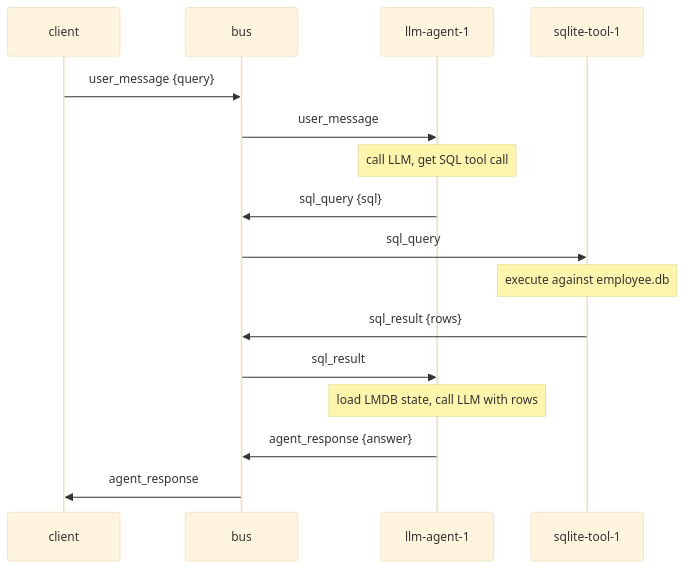
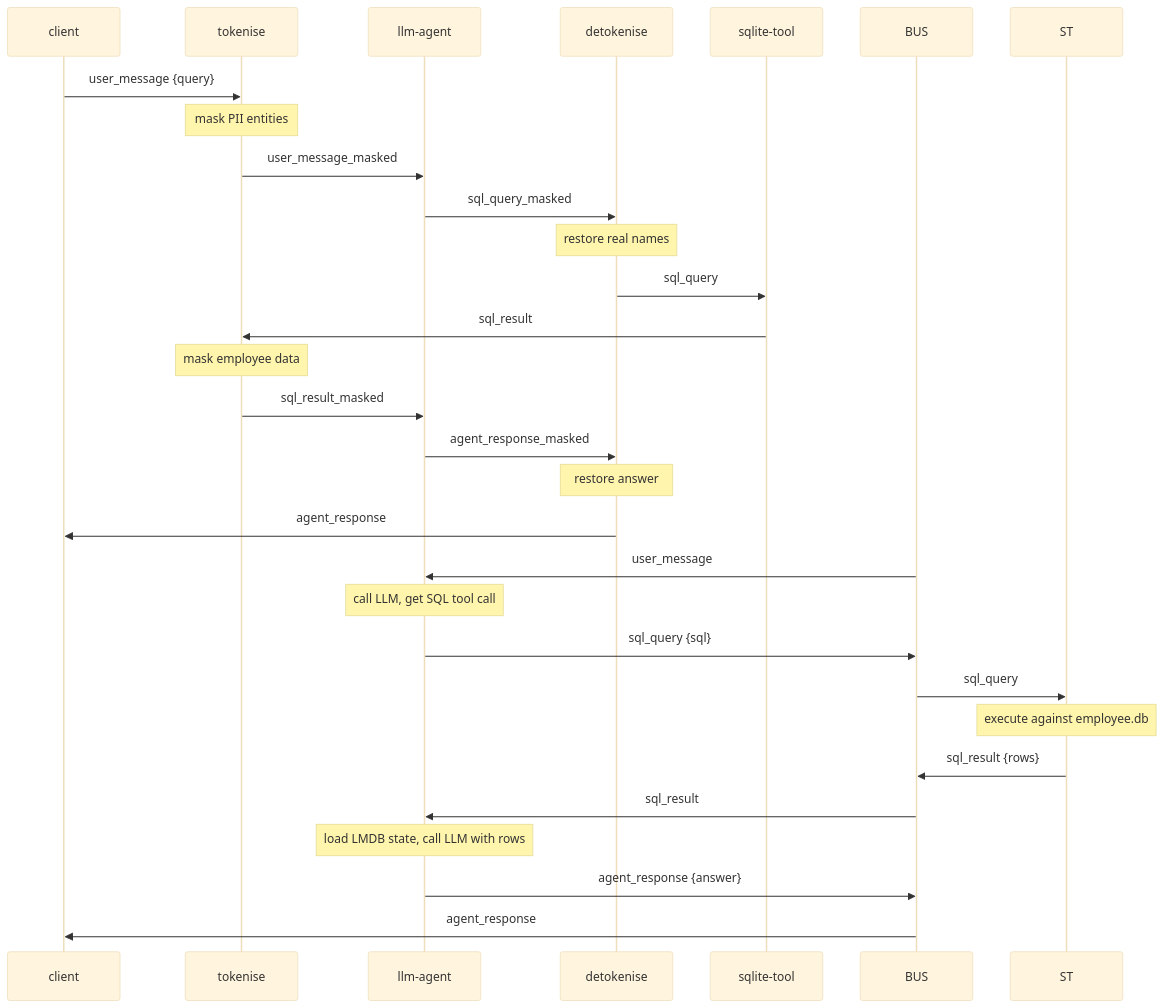
One commit to muralidhar-challa/actor-mesh changed the diagram in docs/quickstart.qmd. Above: the diagram before and after it, drawn with Mermaid (base theme). The commit also changed other lines of this file and 1 other file, not shown here.

Commit message:
docs: fix outdated quickstart, DESIGN.md numbers, and redundant content
quickstart.qmd:
- Update process list from 3 to 5 (full PII pipeline)
- Replace mermaid diagram with actual PII token bubble flow
- Fix 'ncurses' typo
- Add callout note linking to PII Token Bubble docs

DESIGN.md:
- Fix runtime LOC (~430 → ~500)
- Fix vendor listing (mu_json → mpack)
- Fix shell handler example (Anthropic → generic OpenAI-compatible)

````diff
--- a/docs/quickstart.qmd
+++ b/docs/quickstart.qmd
@@ -58,19 +64,31 @@
 ```{mermaid}
 sequenceDiagram
   participant C  as client
-  participant BUS as bus
-  participant AG as llm-agent-1
-  participant ST as sqlite-tool-1
+  participant TK as tokenise
+  participant AG as llm-agent
+  participant DK as detokenise
+  participant DB as sqlite-tool
 
-  C  ->> BUS : user_message {query}
+  C  ->> TK : user_message {query}
+  Note over TK: mask PII entities
+  TK ->> AG : user_message_masked
+  AG ->> DK : sql_query_masked
+  Note over DK: restore real names
+  DK ->> DB : sql_query
+  DB ->> TK : sql_result
+  Note over TK: mask employee data
+  TK ->> AG : sql_result_masked
+  AG ->> DK : agent_response_masked
+  Note over DK: restore answer
+  DK ->> C  : agent_response
   BUS ->> AG : user_message
   Note over AG: call LLM, get SQL tool call
   AG ->> BUS : sql_query {sql}
   BUS ->> ST : sql_query
   Note over ST: execute against employee.db
   ST ->> BUS : sql_result {rows}
   BUS ->> AG : sql_result
   Note over AG: load LMDB state, call LLM with rows
   AG ->> BUS : agent_response {answer}
   BUS ->> C  : agent_response
 ```
````
